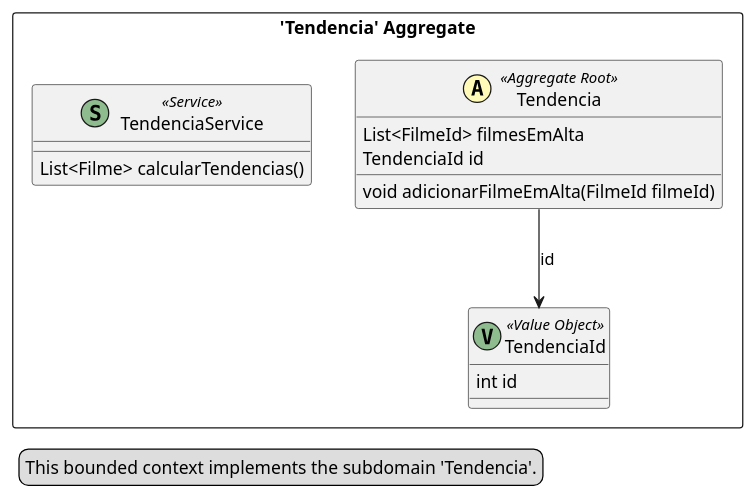
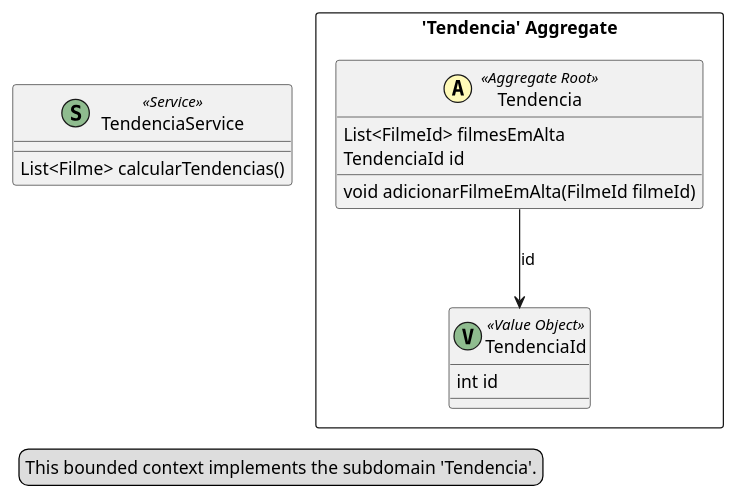
The diagram in src-gen/Bracine_BC_Tendencia.puml (mariajuliapessoa/Plataforma-de-Cinema-Brasileiro), drawn with PlantUML before and after one commit. The commit also changed 10 other files, not shown here.

```diff
--- a/src-gen/Bracine_BC_Tendencia.puml
+++ b/src-gen/Bracine_BC_Tendencia.puml
@@ -1,24 +1,24 @@
 @startuml
 
 skinparam componentStyle uml2
 
 package "'Tendencia' Aggregate" <<Rectangle>> {
 	class Tendencia <<(A,#fffab8) Aggregate Root>> {
 		List<FilmeId> filmesEmAlta
 		TendenciaId id
 		void adicionarFilmeEmAlta(FilmeId filmeId)
 	}
 	class TendenciaId <<(V,DarkSeaGreen) Value Object>> {
 		int id
 	}
-	class TendenciaService <<(S,DarkSeaGreen) Service>> {
-		List<Filme> calcularTendencias()
-	}
+}
+class TendenciaService <<(S,DarkSeaGreen) Service>> {
+	List<Filme> calcularTendencias()
 }
 Tendencia --> TendenciaId : id
 legend left
   This bounded context implements the subdomain 'Tendencia'.
 end legend
 
 
 @enduml
```
